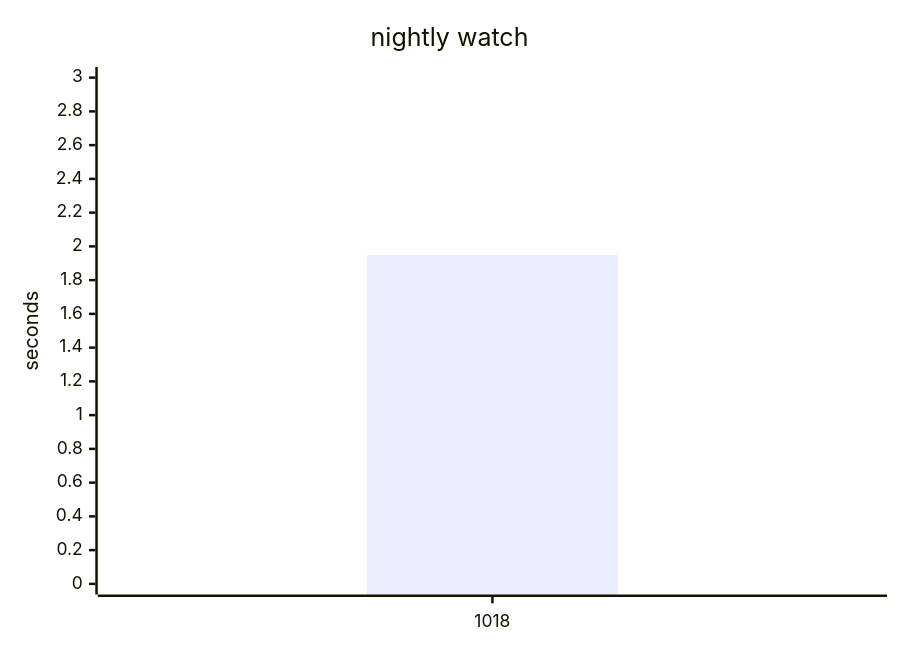
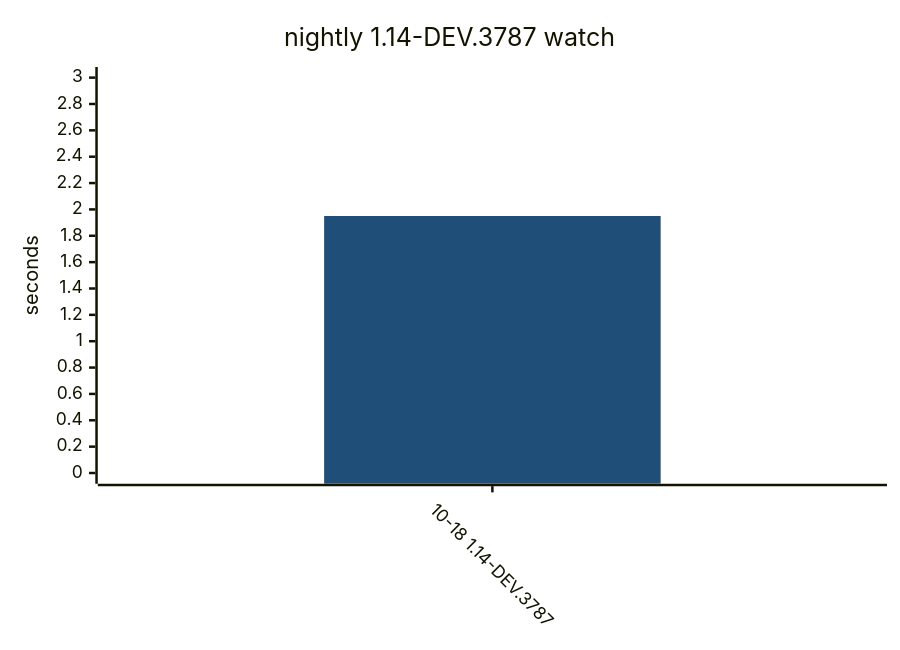
One commit to yamanori99/DistSSHQueue.jl changed diagram 14 of 15 in README.md. Above: the diagram before and after it, drawn with Mermaid. The commit also changed other lines of this file and 1 other file, not shown here.

Commit message:
Record compile bench for 1.14-nightly.

````diff
--- a/README.md
+++ b/README.md
@@ -348,7 +478,17 @@
 ```mermaid
+---
+config:
+  theme: base
+  themeVariables:
+    xyChart:
+      plotColorPalette: "#1f4e79"
+  xyChart:
+    xAxis:
+      labelRotation: 45
+---
 xychart-beta
-    title "nightly watch"
-    x-axis ["1018"]
+    title "nightly 1.14-DEV.3787 watch"
+    x-axis ["10-18 1.14-DEV.3787"]
     y-axis "seconds" 0 --> 3
     bar [1.95]
 ```
````
